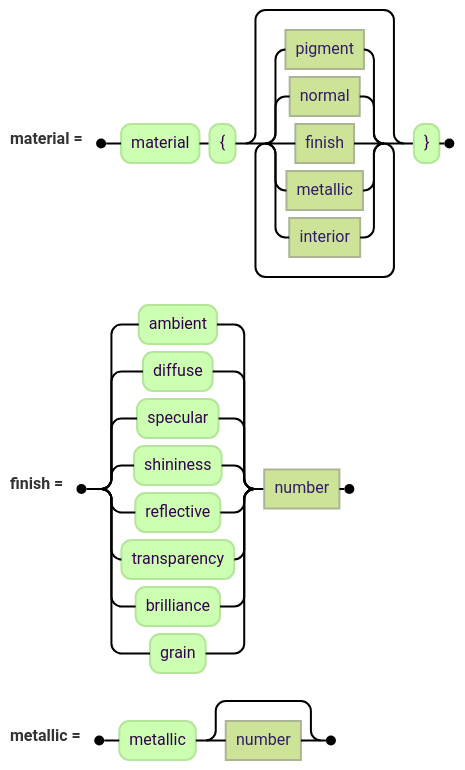
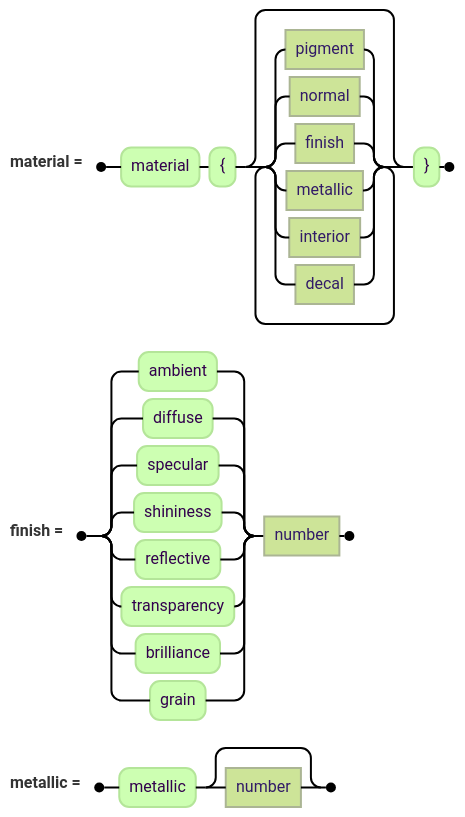
One commit to jskress/RayTracer changed the diagram in docs/diagrams/materials/materialClause.mmd. Above: the diagram before and after it, drawn with Mermaid (forest theme). The commit also changed 25 other files, not shown here.

```diff
--- a/docs/diagrams/materials/materialClause.mmd
+++ b/docs/diagrams/materials/materialClause.mmd
@@ -1,9 +1,9 @@
 railroad-ebnf-beta
 title "A material"
 
-material = "material" "{" { pigment | normal | finish | metallic | interior } "}" ;
+material = "material" "{" { pigment | normal | finish | metallic | interior | decal } "}" ;
 
 finish = ( "ambient" | "diffuse" | "specular" | "shininess" | "reflective"
          | "transparency" | "brilliance" | "grain" ) number ;
 
 metallic = "metallic" [ number ] ;
```
